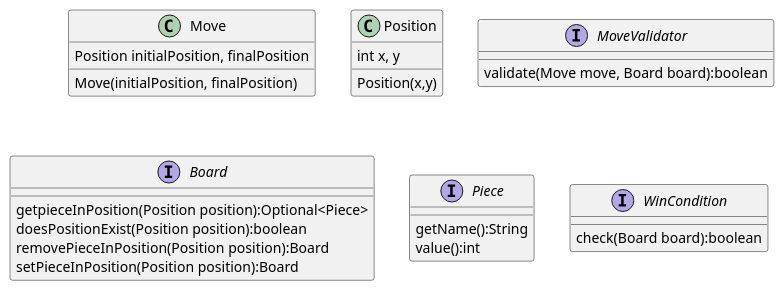
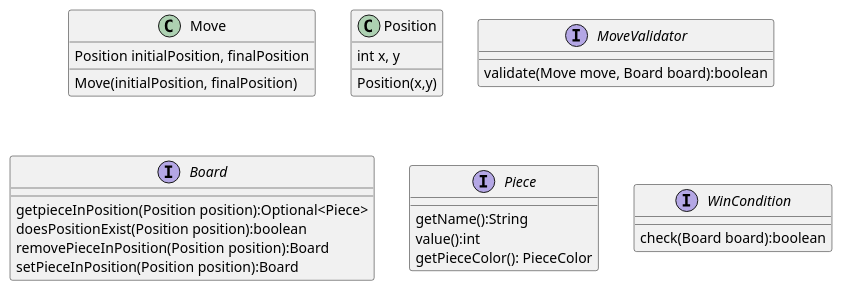
The diagram in chess.puml (jalopbauer/chess), drawn with PlantUML before and after one commit.

Commit message:
Added PieceColor to Piece

```diff
--- a/chess.puml
+++ b/chess.puml
@@ -1,27 +1,28 @@
 @startuml Chess
 class Move
 Move : Position initialPosition, finalPosition
 Move : Move(initialPosition, finalPosition)
 
 class Position
 Position : int x, y
 Position : Position(x,y)
 
 interface MoveValidator
 MoveValidator : validate(Move move, Board board):boolean
 
 ' Piece Handler
 interface Board
 Board : getpieceInPosition(Position position):Optional<Piece>
 Board : doesPositionExist(Position position):boolean
 Board : removePieceInPosition(Position position):Board
 Board : setPieceInPosition(Position position):Board
 
 interface Piece
 Piece : getName():String
 Piece : value():int
+Piece : getPieceColor(): PieceColor
 
 interface WinCondition
 WinCondition : check(Board board):boolean
 
 @enduml
```
